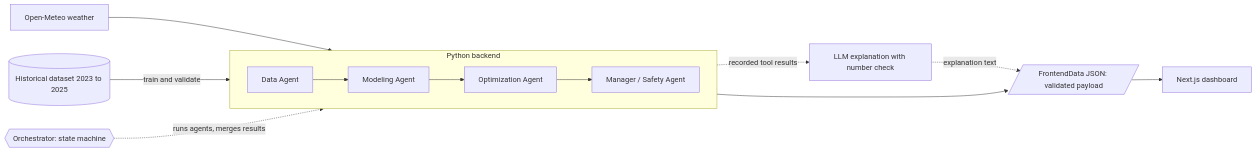
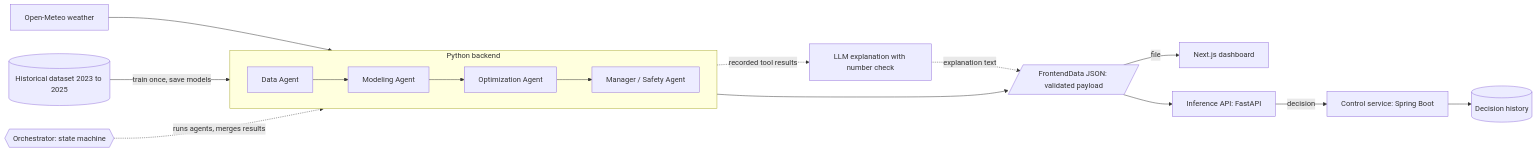
The diagram in README.md (khanhduynguyen2301-collab/solar-ai), drawn with Mermaid before and after one commit. The commit also changed other lines of this file and 6 other files, not shown here.

First line of the commit message:
docs: document the API, the control service and operations; update the README

````diff
--- a/README.md
+++ b/README.md
@@ -32,25 +33,31 @@
 ```mermaid
 flowchart LR
     W[Open-Meteo weather]
     D[(Historical dataset 2023 to 2025)]
 
     subgraph Backend[Python backend]
         direction LR
         DA[Data Agent] --> MA[Modeling Agent]
         MA --> OA[Optimization Agent]
         OA --> SA[Manager / Safety Agent]
     end
 
     O{{Orchestrator: state machine}}
     L[LLM explanation with number check]
     P[/FrontendData JSON: validated payload/]
     UI[Next.js dashboard]
+    API[Inference API: FastAPI]
+    CS[Control service: Spring Boot]
+    DB[(Decision history)]
 
     W --> DA
-    D -- train and validate --> MA
+    D -- train once, save models --> MA
     SA --> P
-    P --> UI
+    P -- file --> UI
+    P --> API
+    API -- decision --> CS
+    CS --> DB
     O -. runs agents, merges results .-> Backend
     Backend -. recorded tool results .-> L
     L -. explanation text .-> P
 ```
````
